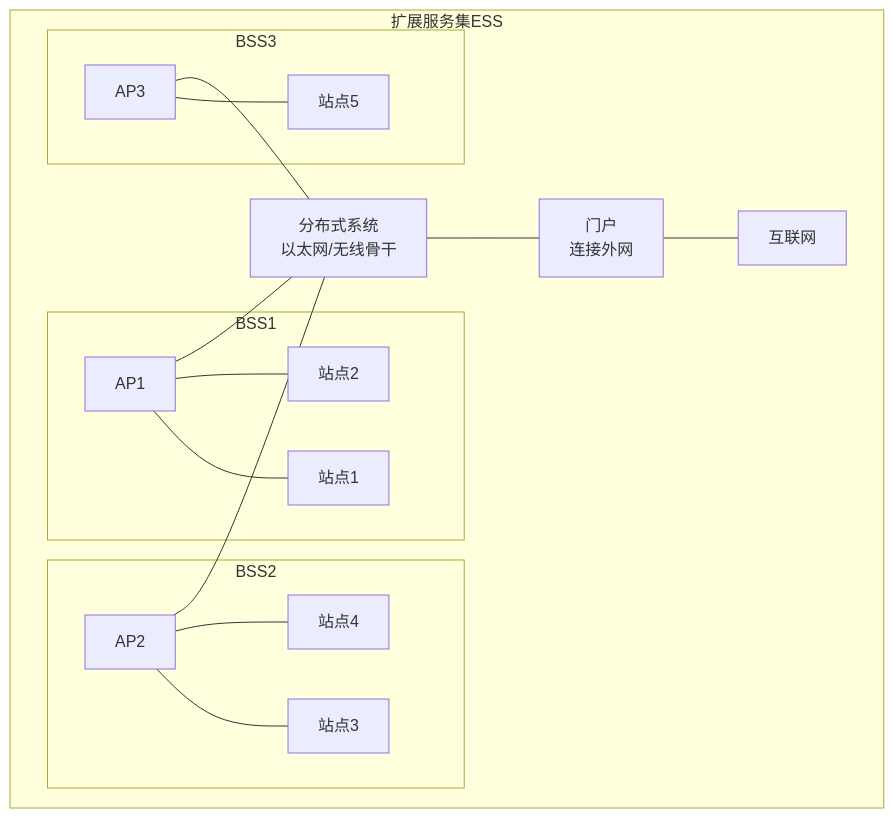
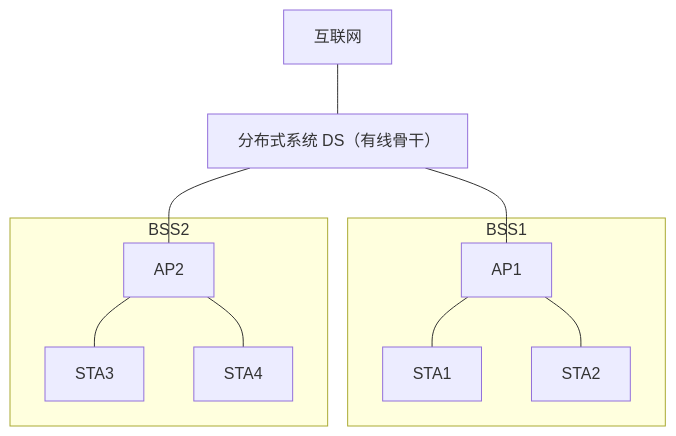
One commit to Dtheme/CS-base changed the first of 5 diagrams in 计算机网络/7.3无线网络：WiFi技术.md. Above: the diagram before and after it, drawn with Mermaid. The commit also changed other lines of this file and 51 other files, not shown here.

````diff
--- a/计算机网络/7.3无线网络：WiFi技术.md
+++ b/计算机网络/7.3无线网络：WiFi技术.md
@@ -68,36 +40,18 @@
 ```mermaid
 graph TB
-    subgraph "扩展服务集ESS"
-        subgraph "BSS1"
-            AP1["AP1"]
-            STA1["站点1"]
-            STA2["站点2"]
-            AP1 --- STA1
-            AP1 --- STA2
-        end
-        
-        subgraph "BSS2"
-            AP2["AP2"]
-            STA3["站点3"]
-            STA4["站点4"]
-            AP2 --- STA3
-            AP2 --- STA4
-        end
-        
-        subgraph "BSS3"
-            AP3["AP3"]
-            STA5["站点5"]
-            AP3 --- STA5
-        end
-        
-        DS2["分布式系统<br/>以太网/无线骨干"]
-        
-        AP1 --- DS2
-        AP2 --- DS2
-        AP3 --- DS2
-        
-        Portal["门户<br/>连接外网"]
-        DS2 --- Portal
-        Portal --- Internet["互联网"]
+    Internet["互联网"]
+    DS["分布式系统 DS（有线骨干）"]
+    Internet --- DS
+
+    subgraph BSS1
+        AP1["AP1"] --- S1["STA1"]
+        AP1 --- S2["STA2"]
     end
+    subgraph BSS2
+        AP2["AP2"] --- S3["STA3"]
+        AP2 --- S4["STA4"]
+    end
+
+    DS --- AP1
+    DS --- AP2
 ```
````
